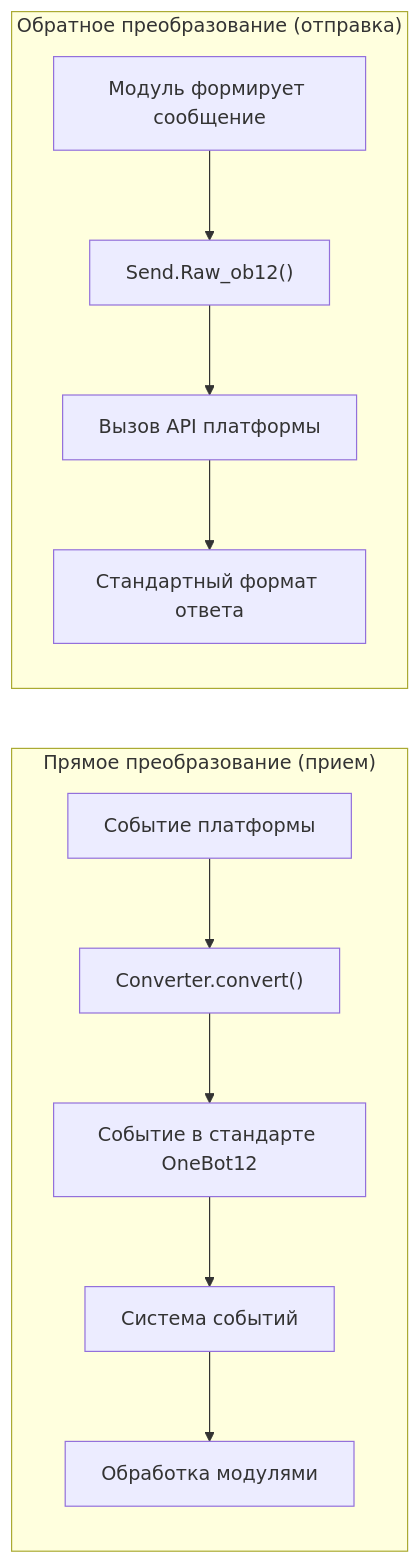
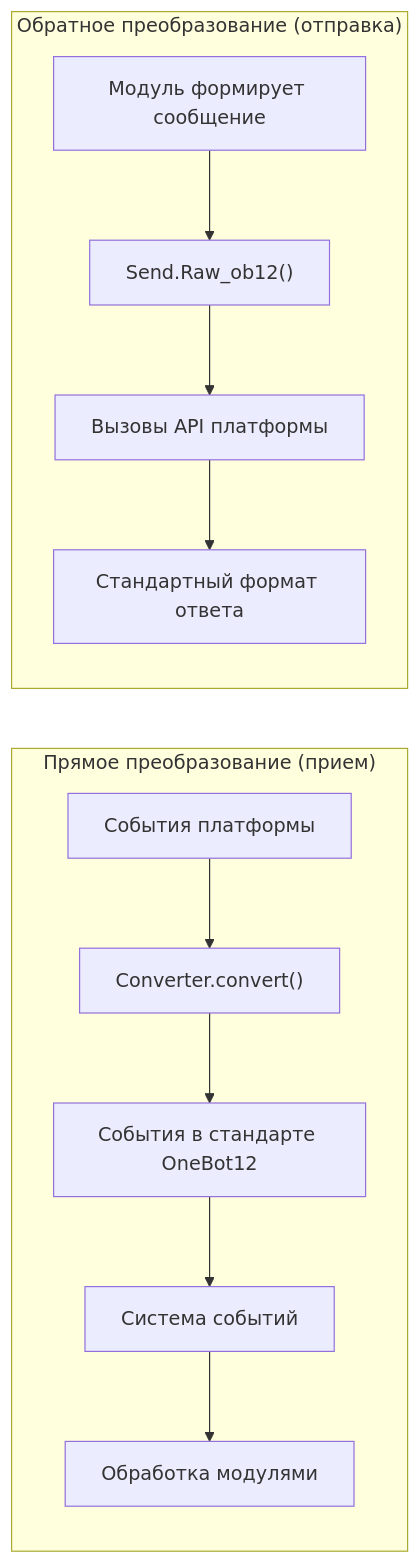
One commit to ErisPulse/ErisPulse changed the diagram in docs/ru/developer-guide/adapters/getting-started.md. Above: the diagram before and after it, drawn with Mermaid. The commit also changed other lines of this file and 83 other files, not shown here.

````diff
--- a/docs/ru/developer-guide/adapters/getting-started.md
+++ b/docs/ru/developer-guide/adapters/getting-started.md
@@ -21,11 +21,11 @@
 ```mermaid
 flowchart LR
     subgraph receive["Прямое преобразование (прием)"]
         direction TB
-        P1["Событие платформы"] --> C1["Converter.convert()"] --> O1["Событие в стандарте OneBot12"] --> S1["Система событий"] --> M1["Обработка модулями"]
+        P1["События платформы"] --> C1["Converter.convert()"] --> O1["События в стандарте OneBot12"] --> S1["Система событий"] --> M1["Обработка модулями"]
     end
     subgraph send["Обратное преобразование (отправка)"]
         direction TB
-        M2["Модуль формирует сообщение"] --> R1["Send.Raw_ob12()"] --> N1["Вызов API платформы"] --> R2["Стандартный формат ответа"]
+        M2["Модуль формирует сообщение"] --> R1["Send.Raw_ob12()"] --> N1["Вызовы API платформы"] --> R2["Стандартный формат ответа"]
     end
 ```
````
